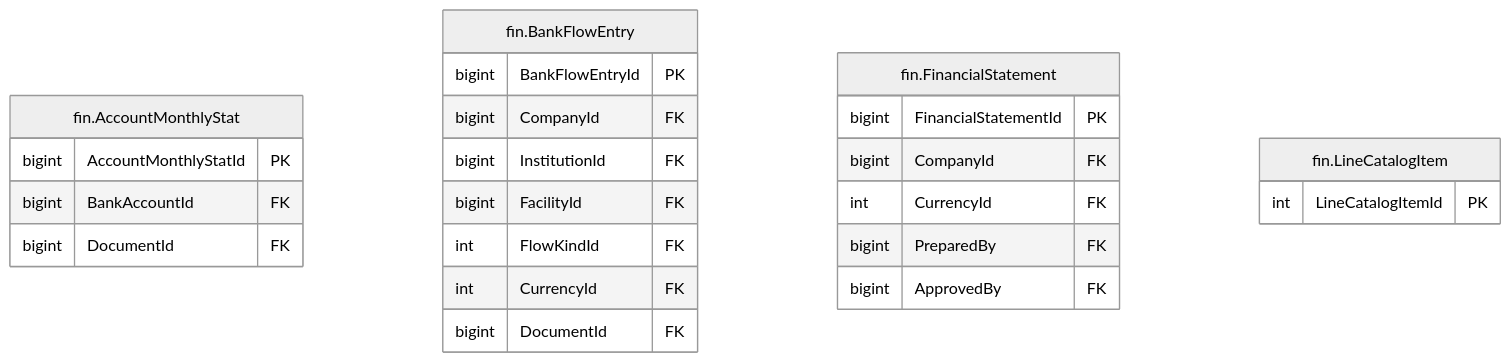
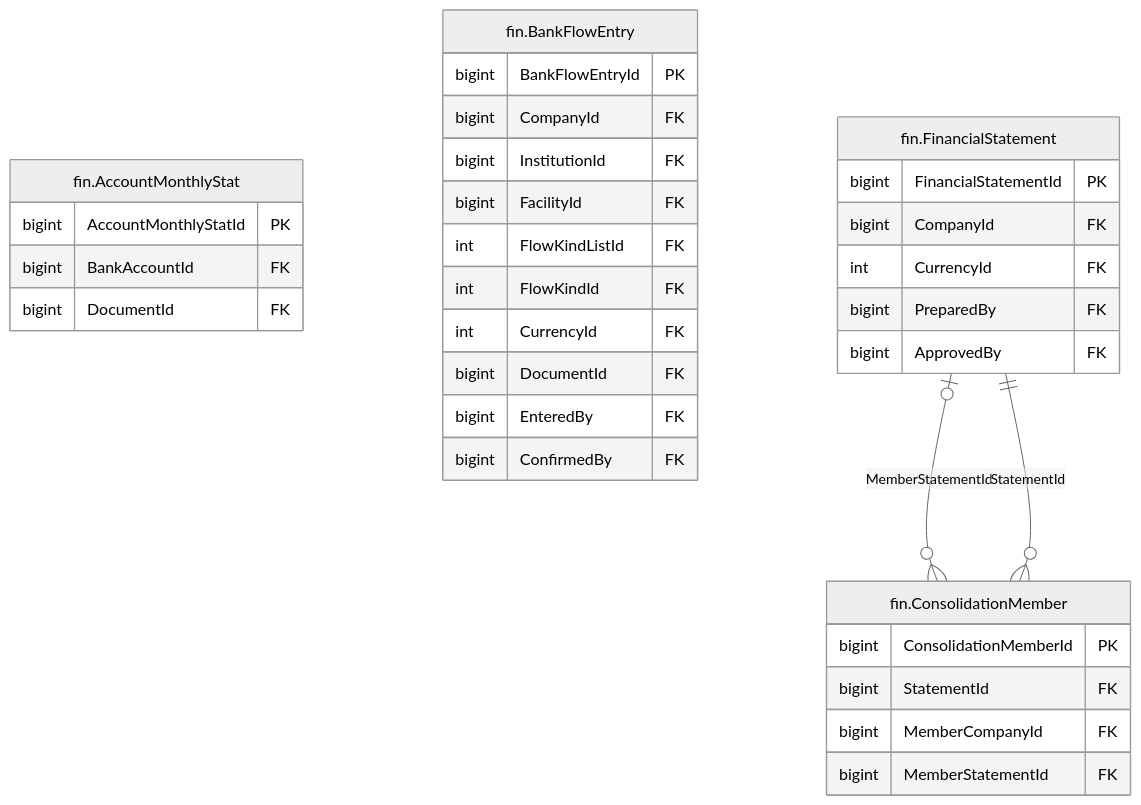
The diagram in treasury-platform/docs/diagrams/erd/m5_financials_1.mmd (thawrasy/smartlines), drawn with Mermaid (neutral theme) before and after one commit. The commit also changed 34 other files, not shown here.

First line of the commit message:
Design documents read their numbers from the DDL; module diagrams redrawn

```diff
--- a/treasury-platform/docs/diagrams/erd/m5_financials_1.mmd
+++ b/treasury-platform/docs/diagrams/erd/m5_financials_1.mmd
@@ -1,26 +1,34 @@
-%% م5 · البيانات المالية والأرصدة (1/2) — Financial statements & balances
+%% م5 · البيانات المالية والأرصدة (1/3) — Financial statements & balances
 erDiagram
   fin_AccountMonthlyStat["fin.AccountMonthlyStat"] {
     bigint AccountMonthlyStatId PK
     bigint BankAccountId FK
     bigint DocumentId FK
   }
   fin_BankFlowEntry["fin.BankFlowEntry"] {
     bigint BankFlowEntryId PK
     bigint CompanyId FK
     bigint InstitutionId FK
     bigint FacilityId FK
+    int FlowKindListId FK
     int FlowKindId FK
     int CurrencyId FK
     bigint DocumentId FK
+    bigint EnteredBy FK
+    bigint ConfirmedBy FK
+  }
+  fin_ConsolidationMember["fin.ConsolidationMember"] {
+    bigint ConsolidationMemberId PK
+    bigint StatementId FK
+    bigint MemberCompanyId FK
+    bigint MemberStatementId FK
   }
   fin_FinancialStatement["fin.FinancialStatement"] {
     bigint FinancialStatementId PK
     bigint CompanyId FK
     int CurrencyId FK
     bigint PreparedBy FK
     bigint ApprovedBy FK
   }
-  fin_LineCatalogItem["fin.LineCatalogItem"] {
-    int LineCatalogItemId PK
-  }
+  fin_FinancialStatement |o--o{ fin_ConsolidationMember : "MemberStatementId"
+  fin_FinancialStatement ||--o{ fin_ConsolidationMember : "StatementId"
```
